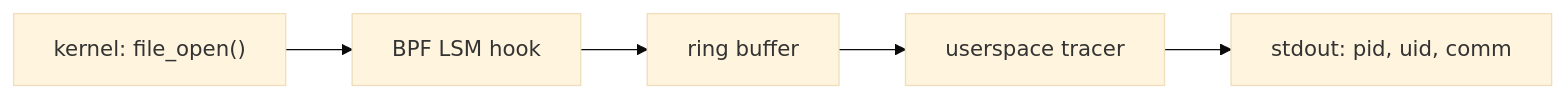
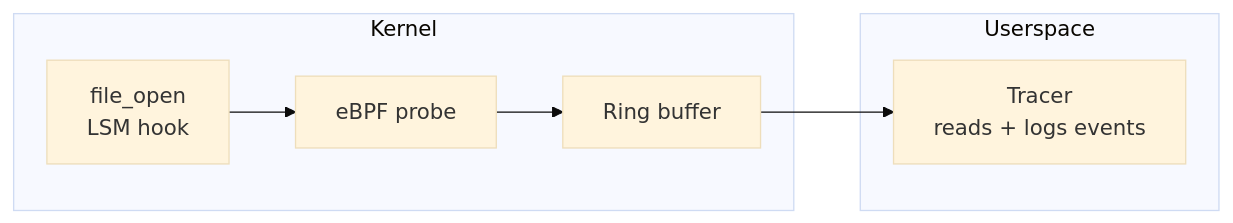
One commit to kyleseneker/tinybpf changed the diagram in examples/lsm-file-open/README.md. Above: the diagram before and after it, drawn with Mermaid (base theme). The commit also changed other lines of this file and 5 other files, not shown here.

````diff
--- a/examples/lsm-file-open/README.md
+++ b/examples/lsm-file-open/README.md
@@ -5,7 +5,10 @@
 ```mermaid
 graph LR
-    A["kernel: file_open()"] --> B["BPF LSM hook"]
-    B --> C["ring buffer"]
-    C --> D["userspace tracer"]
-    D --> E["stdout: pid, uid, comm"]
+    subgraph Kernel
+        A["file_open<br>LSM hook"] --> B["eBPF probe"]
+        B --> C["Ring buffer"]
+    end
+    subgraph Userspace
+        C --> D["Tracer<br>reads + logs events"]
+    end
 ```
````
